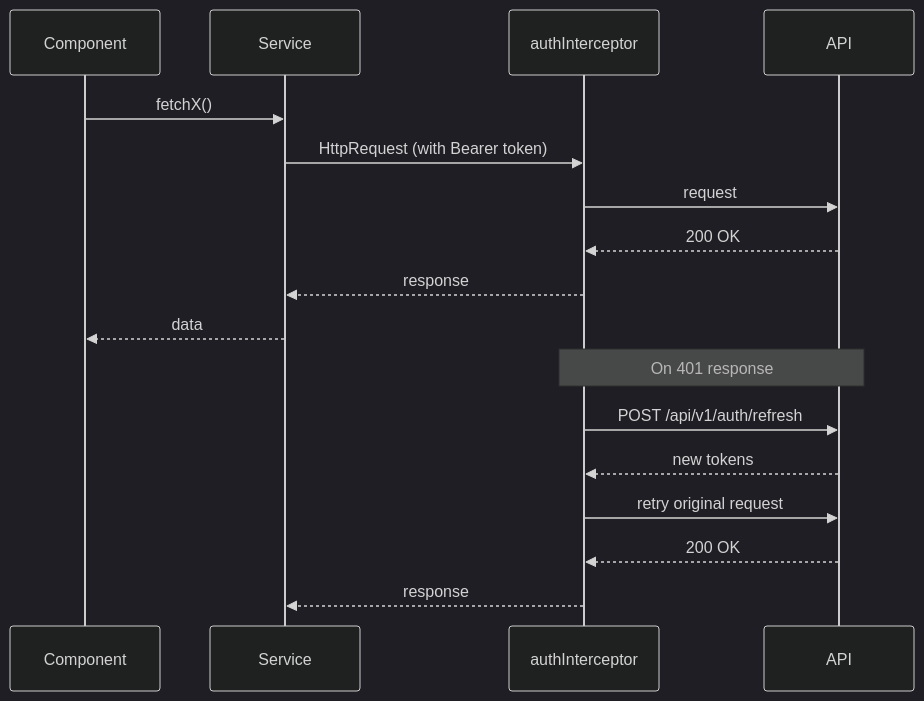
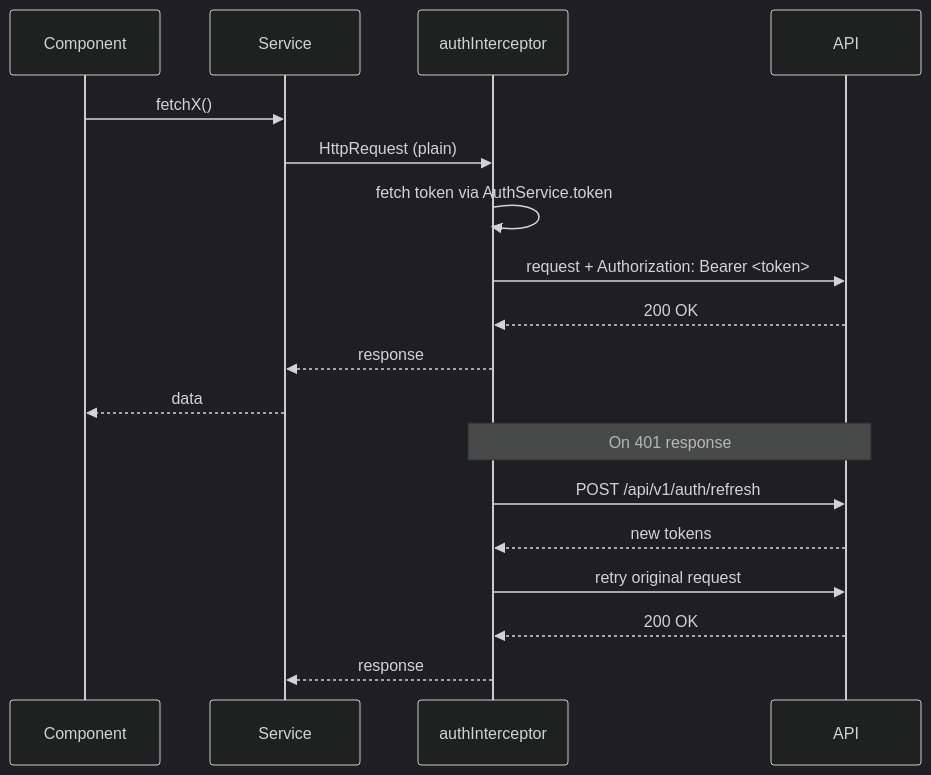
Before and after one commit to remarcmij/taalwiz-mono: the tenth of 18 diagrams in apps/web/ARCHITECTURE.md, drawn with Mermaid (dark theme). The commit also changed other lines of this file, not shown here.

First line of the commit message:
docs(web): update HTTP layer section to reflect interceptor consolidation

````diff
--- a/apps/web/ARCHITECTURE.md
+++ b/apps/web/ARCHITECTURE.md
@@ -343,21 +343,22 @@
 ```mermaid
 sequenceDiagram
     participant Component
     participant Service
     participant authInterceptor
     participant API
 
     Component->>Service: fetchX()
-    Service->>authInterceptor: HttpRequest (with Bearer token)
-    authInterceptor->>API: request
+    Service->>authInterceptor: HttpRequest (plain)
+    authInterceptor->>authInterceptor: fetch token via AuthService.token
+    authInterceptor->>API: request + Authorization: Bearer <token>
     API-->>authInterceptor: 200 OK
     authInterceptor-->>Service: response
     Service-->>Component: data
 
     Note over authInterceptor,API: On 401 response
     authInterceptor->>API: POST /api/v1/auth/refresh
     API-->>authInterceptor: new tokens
     authInterceptor->>API: retry original request
     API-->>authInterceptor: 200 OK
     authInterceptor-->>Service: response
 ```
````
